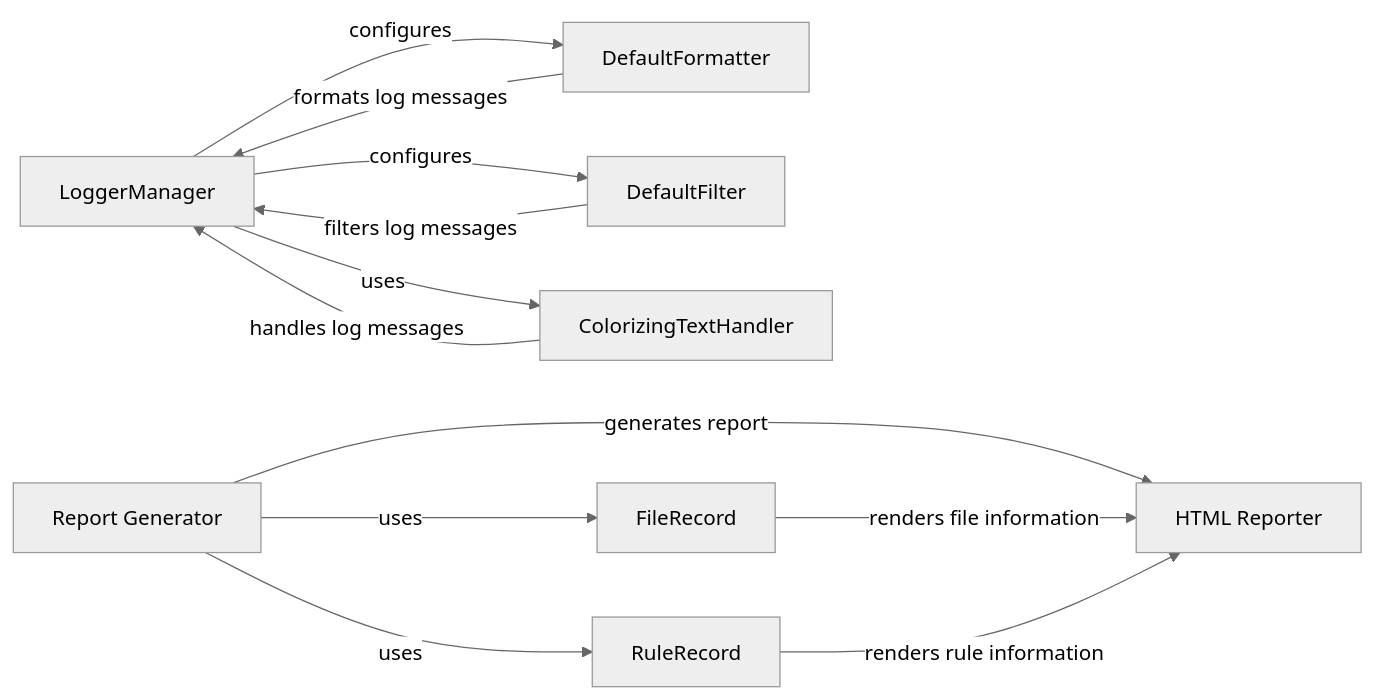
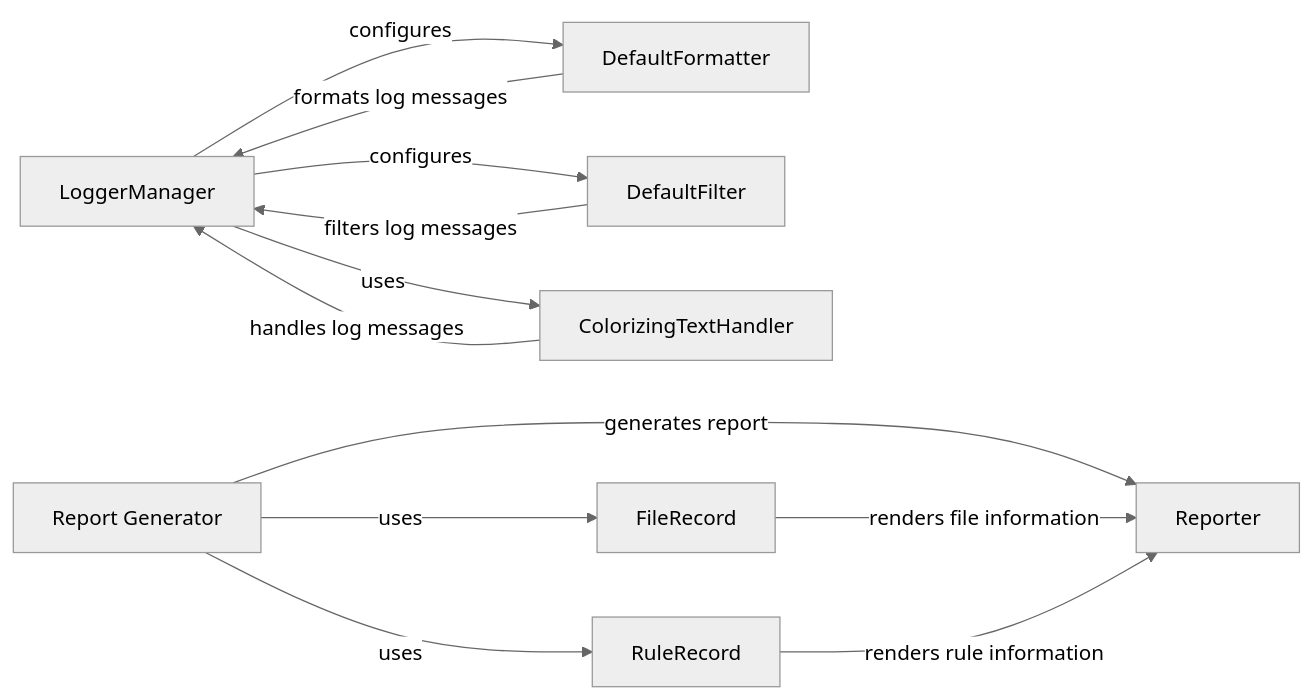
One commit to CodeBoarding/GeneratedOnBoardings changed the diagram in snakemake/Reporting and Logging.md. Above: the diagram before and after it, drawn with Mermaid (neutral theme). The commit also changed other lines of this file and 11 other files, not shown here.

````diff
--- a/snakemake/Reporting and Logging.md
+++ b/snakemake/Reporting and Logging.md
@@ -1,22 +1,22 @@
 ```mermaid
 graph LR
     LoggerManager["LoggerManager"]
     DefaultFormatter["DefaultFormatter"]
     DefaultFilter["DefaultFilter"]
     ColorizingTextHandler["ColorizingTextHandler"]
     Report_Generator["Report Generator"]
     RuleRecord["RuleRecord"]
     FileRecord["FileRecord"]
-    HTML_Reporter["HTML Reporter"]
+    Reporter["Reporter"]
     LoggerManager -- "configures" --> DefaultFormatter
     LoggerManager -- "configures" --> DefaultFilter
     LoggerManager -- "uses" --> ColorizingTextHandler
     DefaultFormatter -- "formats log messages" --> LoggerManager
     DefaultFilter -- "filters log messages" --> LoggerManager
     ColorizingTextHandler -- "handles log messages" --> LoggerManager
-    Report_Generator -- "generates report" --> HTML_Reporter
+    Report_Generator -- "generates report" --> Reporter
     Report_Generator -- "uses" --> RuleRecord
     Report_Generator -- "uses" --> FileRecord
-    FileRecord -- "renders file information" --> HTML_Reporter
-    RuleRecord -- "renders rule information" --> HTML_Reporter
+    FileRecord -- "renders file information" --> Reporter
+    RuleRecord -- "renders rule information" --> Reporter
 ```
````
